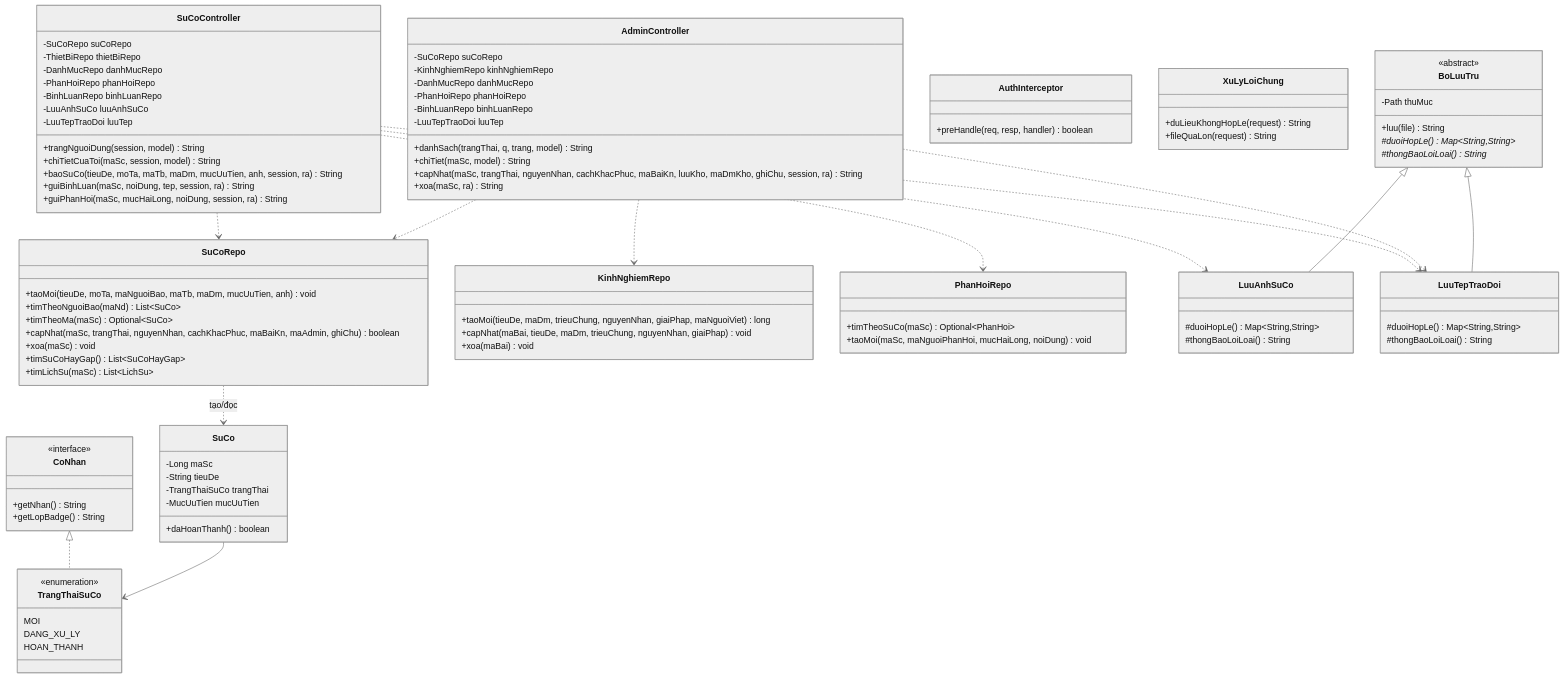
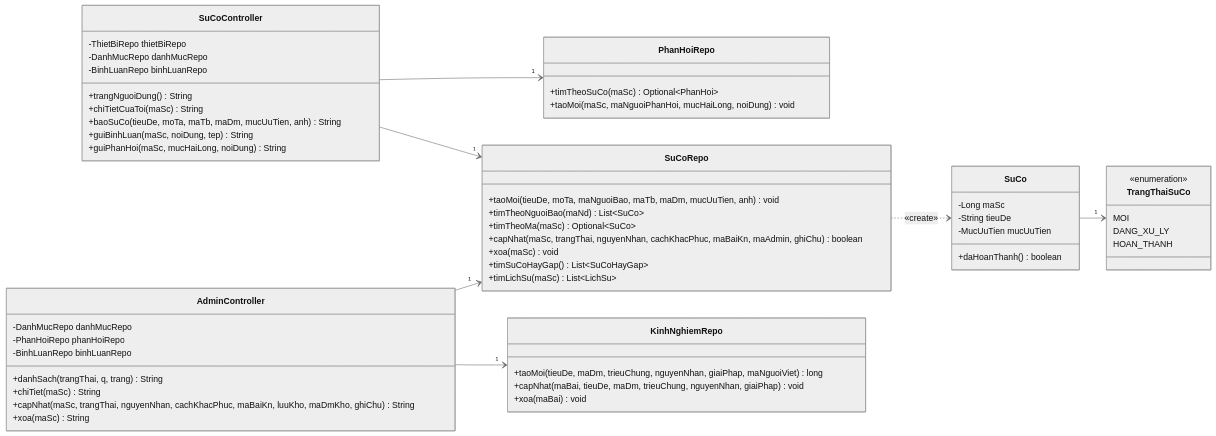
One commit to greyd254/IMS_TEST changed the eighth of 11 diagrams in BAO_CAO_OOAD.md. Above: the diagram before and after it, drawn with Mermaid (neutral theme). The commit also changed other lines of this file, not shown here.

First line of the commit message:
Ve lai cac so do trong bao cao OOAD cho de doc, dung ky hieu UML

````diff
--- a/BAO_CAO_OOAD.md
+++ b/BAO_CAO_OOAD.md
@@ -530,37 +572,24 @@
 ```mermaid
 classDiagram
+    direction LR
     class SuCoController {
-        -SuCoRepo suCoRepo
         -ThietBiRepo thietBiRepo
+        -DanhMucRepo danhMucRepo
+        -BinhLuanRepo binhLuanRepo
+        +trangNguoiDung() String
+        +chiTietCuaToi(maSc) String
+        +baoSuCo(tieuDe, moTa, maTb, maDm, mucUuTien, anh) String
+        +guiBinhLuan(maSc, noiDung, tep) String
+        +guiPhanHoi(maSc, mucHaiLong, noiDung) String
+    }
+    class AdminController {
         -DanhMucRepo danhMucRepo
         -PhanHoiRepo phanHoiRepo
         -BinhLuanRepo binhLuanRepo
-        -LuuAnhSuCo luuAnhSuCo
-        -LuuTepTraoDoi luuTep
-        +trangNguoiDung(session, model) String
-        +chiTietCuaToi(maSc, session, model) String
-        +baoSuCo(tieuDe, moTa, maTb, maDm, mucUuTien, anh, session, ra) String
-        +guiBinhLuan(maSc, noiDung, tep, session, ra) String
-        +guiPhanHoi(maSc, mucHaiLong, noiDung, session, ra) String
-    }
-    class AdminController {
-        -SuCoRepo suCoRepo
-        -KinhNghiemRepo kinhNghiemRepo
-        -DanhMucRepo danhMucRepo
-        -PhanHoiRepo phanHoiRepo
-        -BinhLuanRepo binhLuanRepo
-        -LuuTepTraoDoi luuTep
-        +danhSach(trangThai, q, trang, model) String
-        +chiTiet(maSc, model) String
-        +capNhat(maSc, trangThai, nguyenNhan, cachKhacPhuc, maBaiKn, luuKho, maDmKho, ghiChu, session, ra) String
-        +xoa(maSc, ra) String
-    }
-    class AuthInterceptor {
-        +preHandle(req, resp, handler) boolean
-    }
-    class XuLyLoiChung {
-        +duLieuKhongHopLe(request) String
-        +fileQuaLon(request) String
+        +danhSach(trangThai, q, trang) String
+        +chiTiet(maSc) String
+        +capNhat(maSc, trangThai, nguyenNhan, cachKhacPhuc, maBaiKn, luuKho, maDmKho, ghiChu) String
+        +xoa(maSc) String
     }
     class SuCoRepo {
         +taoMoi(tieuDe, moTa, maNguoiBao, maTb, maDm, mucUuTien, anh) void
@@ -580,25 +609,11 @@
         +timTheoSuCo(maSc) Optional~PhanHoi~
         +taoMoi(maSc, maNguoiPhanHoi, mucHaiLong, noiDung) void
     }
-    class BoLuuTru {
-        <<abstract>>
-        -Path thuMuc
-        +luu(file) String
-        #duoiHopLe()* Map~String,String~
-        #thongBaoLoiLoai()* String
-    }
-    class LuuAnhSuCo {
-        #duoiHopLe() Map~String,String~
-        #thongBaoLoiLoai() String
-    }
-    class LuuTepTraoDoi {
-        #duoiHopLe() Map~String,String~
-        #thongBaoLoiLoai() String
-    }
-    class CoNhan {
-        <<interface>>
-        +getNhan() String
-        +getLopBadge() String
+    class SuCo {
+        -Long maSc
+        -String tieuDe
+        -MucUuTien mucUuTien
+        +daHoanThanh() boolean
     }
     class TrangThaiSuCo {
         <<enumeration>>
@@ -606,24 +621,10 @@
         DANG_XU_LY
         HOAN_THANH
     }
-    class SuCo {
-        -Long maSc
-        -String tieuDe
-        -TrangThaiSuCo trangThai
-        -MucUuTien mucUuTien
-        +daHoanThanh() boolean
-    }
-
-    SuCoController ..> SuCoRepo
-    SuCoController ..> LuuAnhSuCo
-    SuCoController ..> LuuTepTraoDoi
-    SuCoController ..> PhanHoiRepo
-    AdminController ..> SuCoRepo
-    AdminController ..> KinhNghiemRepo
-    AdminController ..> LuuTepTraoDoi
-    BoLuuTru <|-- LuuAnhSuCo
-    BoLuuTru <|-- LuuTepTraoDoi
-    CoNhan <|.. TrangThaiSuCo
-    SuCoRepo ..> SuCo : tạo/đọc
-    SuCo --> TrangThaiSuCo
+    SuCoController --> "1" PhanHoiRepo
+    SuCoController --> "1" SuCoRepo
+    AdminController --> "1" SuCoRepo
+    AdminController --> "1" KinhNghiemRepo
+    SuCoRepo ..> SuCo : «create»
+    SuCo --> "1" TrangThaiSuCo
 ```
````
